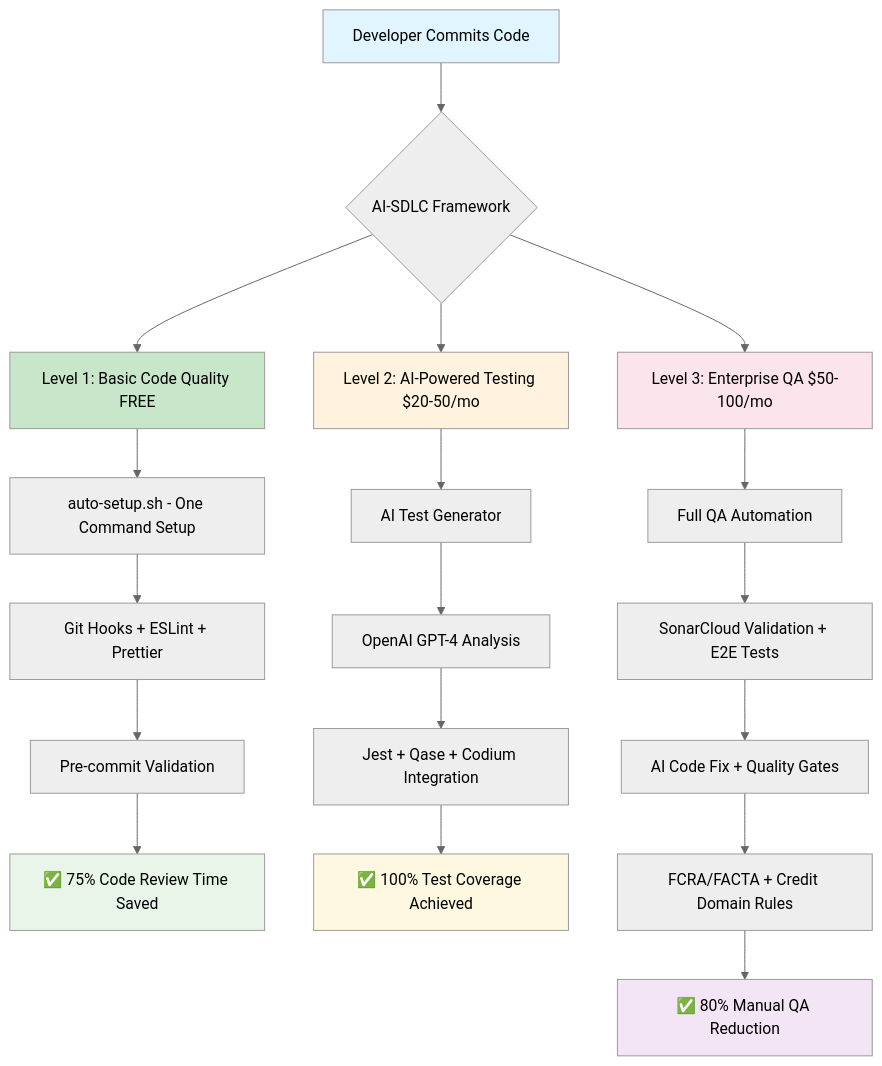
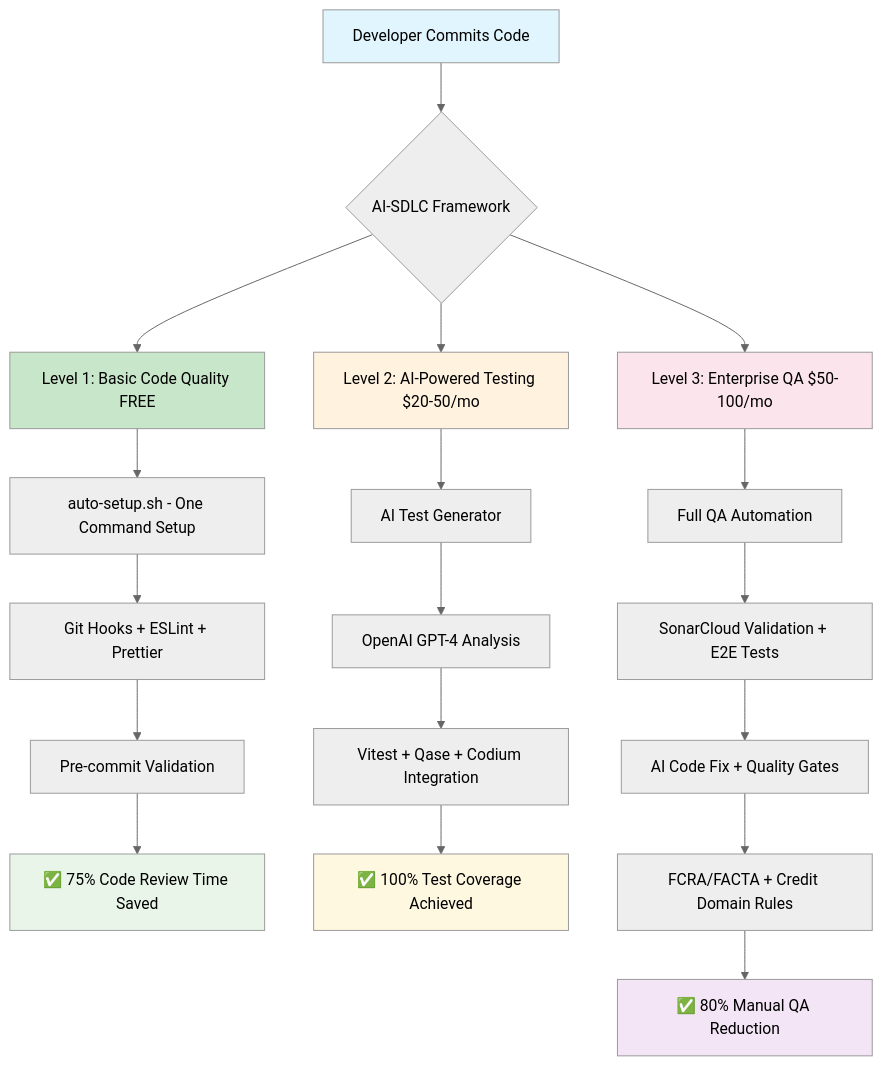
The first of 2 diagrams in docs/architecture-simplified.md (nydamon/ai-sdlc-docs), drawn with Mermaid (neutral theme) before and after one commit. The commit also changed other lines of this file and 9 other files, not shown here.

````diff
--- a/docs/architecture-simplified.md
+++ b/docs/architecture-simplified.md
@@ -9,32 +9,32 @@
 ```mermaid
 graph TD
     A[Developer Commits Code] --> B{AI-SDLC Framework}
 
     B --> L1[Level 1: Basic Code Quality FREE]
     B --> L2[Level 2: AI-Powered Testing $20-50/mo]
     B --> L3[Level 3: Enterprise QA $50-100/mo]
 
     L1 --> C[auto-setup.sh - One Command Setup]
     C --> D[Git Hooks + ESLint + Prettier]
     D --> E[Pre-commit Validation]
     E --> R1[✅ 75% Code Review Time Saved]
 
     L2 --> F[AI Test Generator]
     F --> G[OpenAI GPT-4 Analysis]
-    G --> H[Jest + Qase + Codium Integration]
+    G --> H[Vitest + Qase + Codium Integration]
     H --> R2[✅ 100% Test Coverage Achieved]
 
     L3 --> I[Full QA Automation]
     I --> J[SonarCloud Validation + E2E Tests]
     J --> SC[AI Code Fix + Quality Gates]
     SC --> K[FCRA/FACTA + Credit Domain Rules]
     K --> R3[✅ 80% Manual QA Reduction]
 
     style A fill:#e1f5fe
     style L1 fill:#c8e6c9
     style L2 fill:#fff3e0
     style L3 fill:#fce4ec
     style R1 fill:#e8f5e8
     style R2 fill:#fff8e1
     style R3 fill:#f3e5f5
 ```
````
